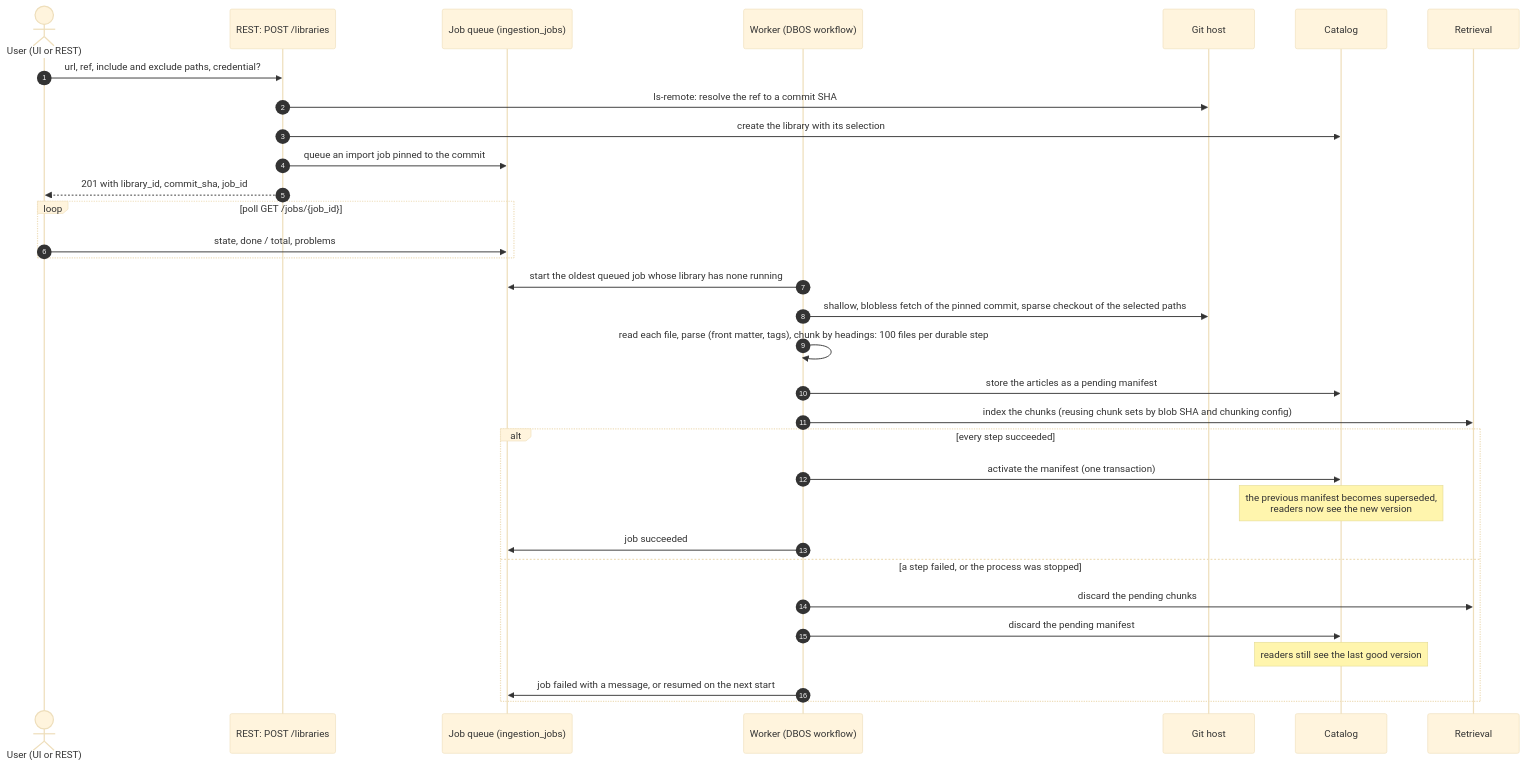
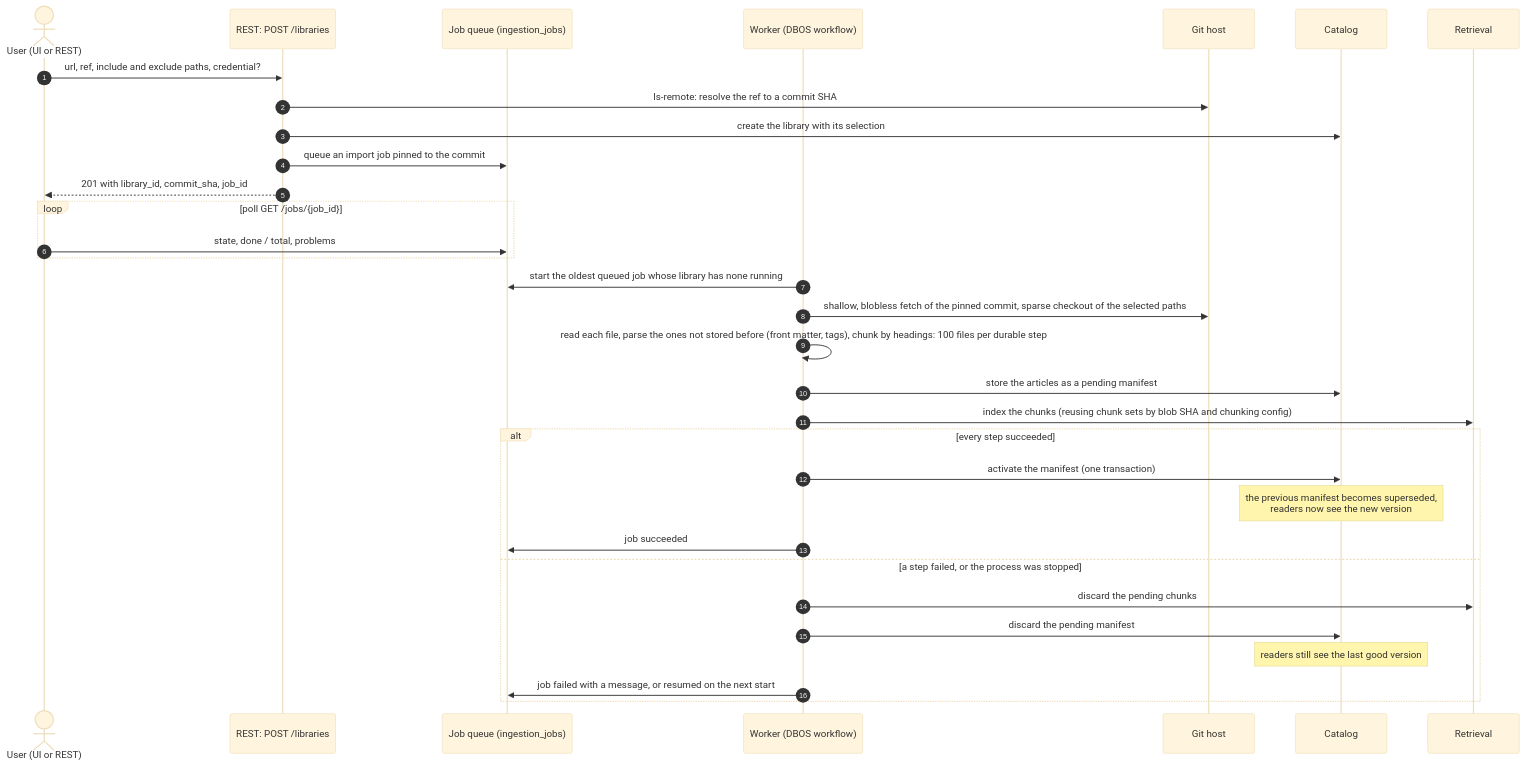
One commit to SirCypkowskyy/ExactDocs changed the first of 5 diagrams in docs/flows.md. Above: the diagram before and after it, drawn with Mermaid (base theme). The commit also changed 43 other files, not shown here.

````diff
--- a/docs/flows.md
+++ b/docs/flows.md
@@ -12,35 +12,35 @@
 ```mermaid
 sequenceDiagram
     autonumber
     actor U as User (UI or REST)
     participant API as REST: POST /libraries
     participant Q as Job queue (ingestion_jobs)
     participant W as Worker (DBOS workflow)
     participant G as Git host
     participant C as Catalog
     participant R as Retrieval
 
     U->>API: url, ref, include and exclude paths, credential?
     API->>G: ls-remote: resolve the ref to a commit SHA
     API->>C: create the library with its selection
     API->>Q: queue an import job pinned to the commit
     API-->>U: 201 with library_id, commit_sha, job_id
     loop poll GET /jobs/{job_id}
         U->>Q: state, done / total, problems
     end
     W->>Q: start the oldest queued job whose library has none running
     W->>G: shallow, blobless fetch of the pinned commit, sparse checkout of the selected paths
-    W->>W: read each file, parse (front matter, tags), chunk by headings: 100 files per durable step
+    W->>W: read each file, parse the ones not stored before (front matter, tags), chunk by headings: 100 files per durable step
     W->>C: store the articles as a pending manifest
     W->>R: index the chunks (reusing chunk sets by blob SHA and chunking config)
     alt every step succeeded
         W->>C: activate the manifest (one transaction)
         Note over C: the previous manifest becomes superseded,<br/>readers now see the new version
         W->>Q: job succeeded
     else a step failed, or the process was stopped
         W->>R: discard the pending chunks
         W->>C: discard the pending manifest
         Note over C: readers still see the last good version
         W->>Q: job failed with a message, or resumed on the next start
     end
 ```
````
